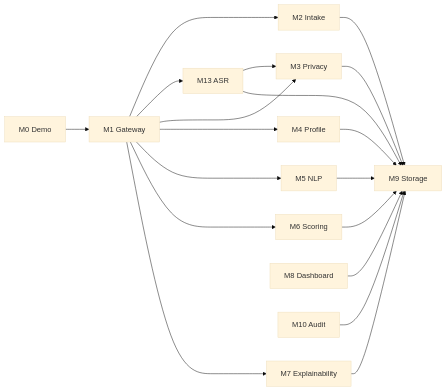
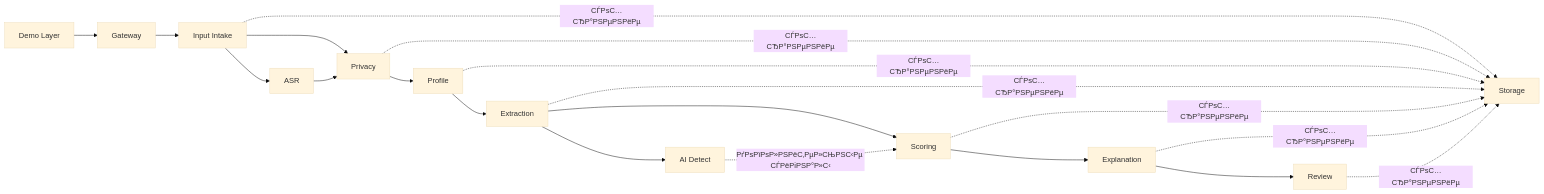
The diagram in docs/rus/MODULES.md (alenisaw/invision_u_Vi-Ka), drawn with Mermaid (base theme) before and after one commit. The commit also changed other lines of this file and 295 other files, not shown here.

````diff
--- a/docs/rus/MODULES.md
+++ b/docs/rus/MODULES.md
@@ -32,34 +33,36 @@
 ```mermaid
 flowchart LR
-    M0["M0 Demo"]
-    M1["M1 Gateway"]
-    M2["M2 Intake"]
-    M13["M13 ASR"]
-    M3["M3 Privacy"]
-    M4["M4 Profile"]
-    M5["M5 NLP"]
-    M6["M6 Scoring"]
-    M7["M7 Explainability"]
-    M8["M8 Dashboard"]
-    M9["M9 Storage"]
-    M10["M10 Audit"]
+    Gateway["Gateway"]
+    Intake["Input Intake"]
+    ASR["ASR"]
+    Privacy["Privacy"]
+    Profile["Profile"]
+    Extraction["Extraction"]
+    AIDetect["AI Detect"]
+    Scoring["Scoring"]
+    Explanation["Explanation"]
+    Review["Review"]
+    Storage["Storage"]
+    Demo["Demo Layer"]
 
-    M0 --> M1
-    M1 --> M2
-    M1 --> M13
-    M1 --> M3
-    M1 --> M4
-    M1 --> M5
-    M1 --> M6
-    M1 --> M7
-    M2 --> M9
-    M3 --> M9
-    M4 --> M9
-    M5 --> M9
-    M6 --> M9
-    M7 --> M9
-    M8 --> M9
-    M10 --> M9
-    M13 --> M3
-    M13 --> M9
+    Demo --> Gateway
+    Gateway --> Intake
+    Intake --> ASR
+    Intake --> Privacy
+    ASR --> Privacy
+    Privacy --> Profile
+    Profile --> Extraction
+    Extraction --> AIDetect
+    Extraction --> Scoring
+    AIDetect -. РґРѕРїРѕР»РЅРёС‚РµР»СЊРЅС‹Рµ СЃРёРіРЅР°Р»С‹ .-> Scoring
+    Scoring --> Explanation
+    Explanation --> Review
+
+    Intake -. СЃРѕС…СЂР°РЅРµРЅРёРµ .-> Storage
+    Privacy -. СЃРѕС…СЂР°РЅРµРЅРёРµ .-> Storage
+    Profile -. СЃРѕС…СЂР°РЅРµРЅРёРµ .-> Storage
+    Extraction -. СЃРѕС…СЂР°РЅРµРЅРёРµ .-> Storage
+    Scoring -. СЃРѕС…СЂР°РЅРµРЅРёРµ .-> Storage
+    Explanation -. СЃРѕС…СЂР°РЅРµРЅРёРµ .-> Storage
+    Review -. СЃРѕС…СЂР°РЅРµРЅРёРµ .-> Storage
 ```
````
